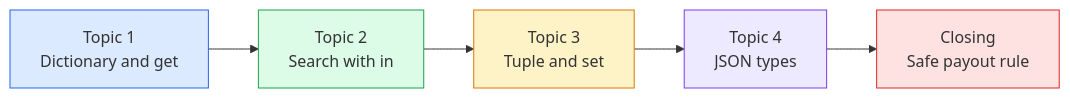
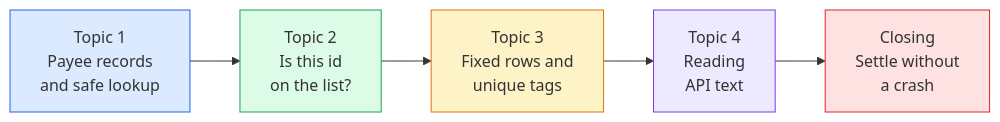
One commit to ayaznoori/Ayaz_Curriculum changed the diagram in IITP-AIDA-EN-III-2610/module-01-data-sql-foundations/lecture-06-dictionaries-and-json-with-tuples-and-sets/lecture-script.md. Above: the diagram before and after it, drawn with Mermaid. The commit also changed other lines of this file and 16 other files, not shown here.

First line of the commit message:
Add lecture data and chart images for sessions 05 and 06.

````diff
--- a/IITP-AIDA-EN-III-2610/module-01-data-sql-foundations/lecture-06-dictionaries-and-json-with-tuples-and-sets/lecture-script.md
+++ b/IITP-AIDA-EN-III-2610/module-01-data-sql-foundations/lecture-06-dictionaries-and-json-with-tuples-and-sets/lecture-script.md
@@ -62,12 +87,12 @@
 ```mermaid
 flowchart LR
-    A["Topic 1<br/>Dictionary and get"] --> B["Topic 2<br/>Search with in"]
-    B --> C["Topic 3<br/>Tuple and set"]
-    C --> D["Topic 4<br/>JSON types"]
-    D --> E["Closing<br/>Safe payout rule"]
+    A["Topic 1<br>Payee records<br>and safe lookup"] --> B["Topic 2<br>Is this id<br>on the list?"]
+    B --> C["Topic 3<br>Fixed rows and<br>unique tags"]
+    C --> D["Topic 4<br>Reading<br>API text"]
+    D --> E["Closing<br>Settle without<br>a crash"]
     style A fill:#dbeafe,stroke:#2563eb
     style B fill:#dcfce7,stroke:#16a34a
     style C fill:#fef3c7,stroke:#d97706
     style D fill:#ede9fe,stroke:#7c3aed
     style E fill:#fee2e2,stroke:#dc2626
 ```
````
